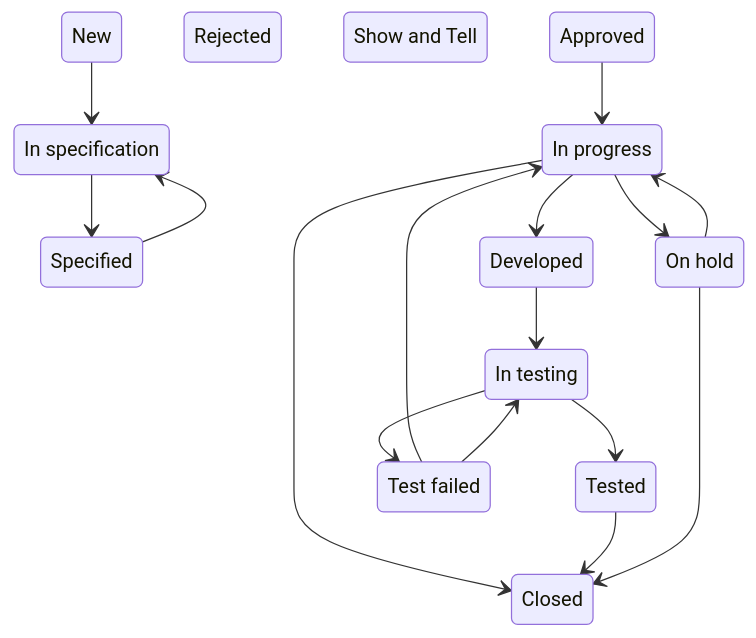
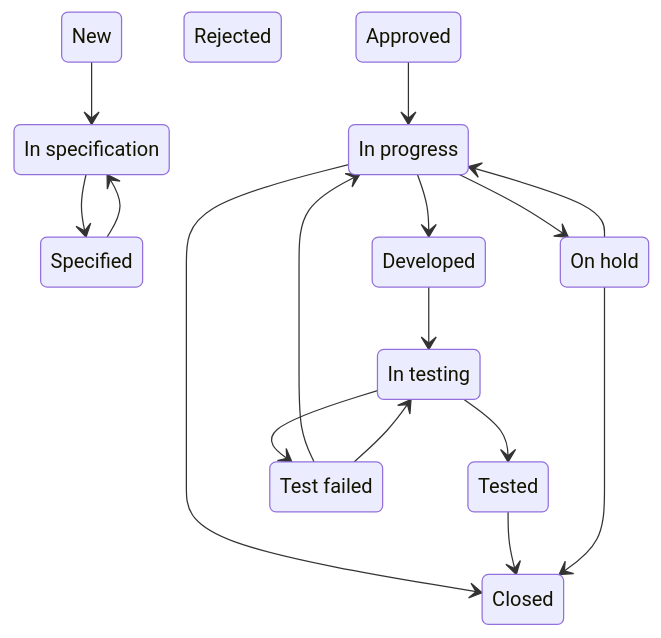
The second of 2 diagrams in README.md (suntorytimed/openproject-workflow-visualiser), drawn with Mermaid before and after one commit. The commit also changed other lines of this file, not shown here.

````diff
--- a/README.md
+++ b/README.md
@@ -24,31 +45,30 @@
 ```mermaid
 stateDiagram-v2
     1: New
     2: In specification
     3: Specified
     7: In progress
     8: Developed
     9: In testing
     10: Tested
     11: Test failed
-    15: Show and Tell
     12: Closed
     13: On hold
     14: Rejected
     22: Approved
     1 --> 2
     2 --> 3
     3 --> 2
     7 --> 8
     7 --> 12
     7 --> 13
     8 --> 9
     9 --> 10
     9 --> 11
     10 --> 12
     11 --> 7
     11 --> 9
     13 --> 7
     13 --> 12
     22 --> 7
 ```
````
